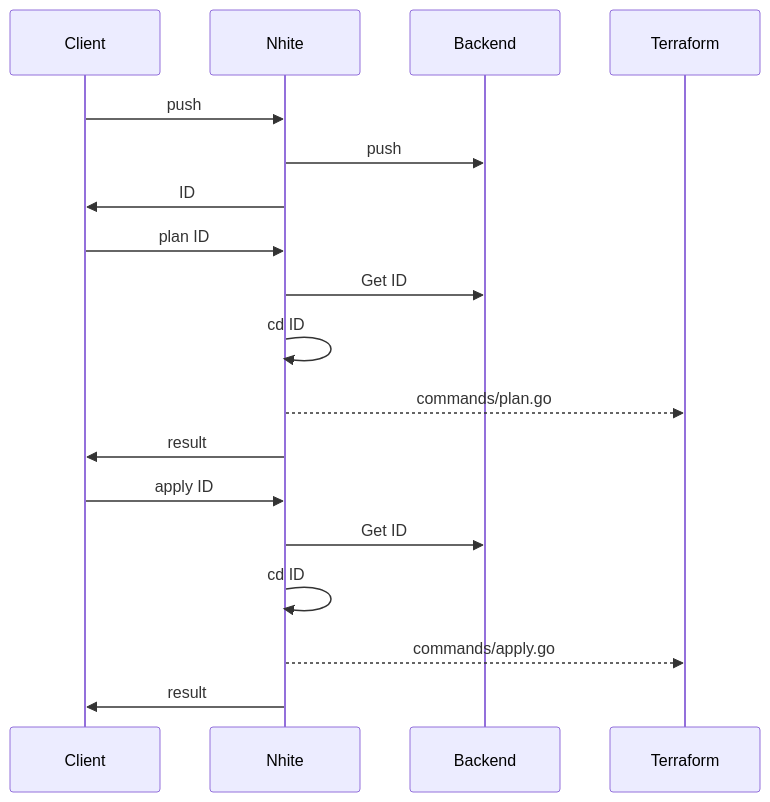
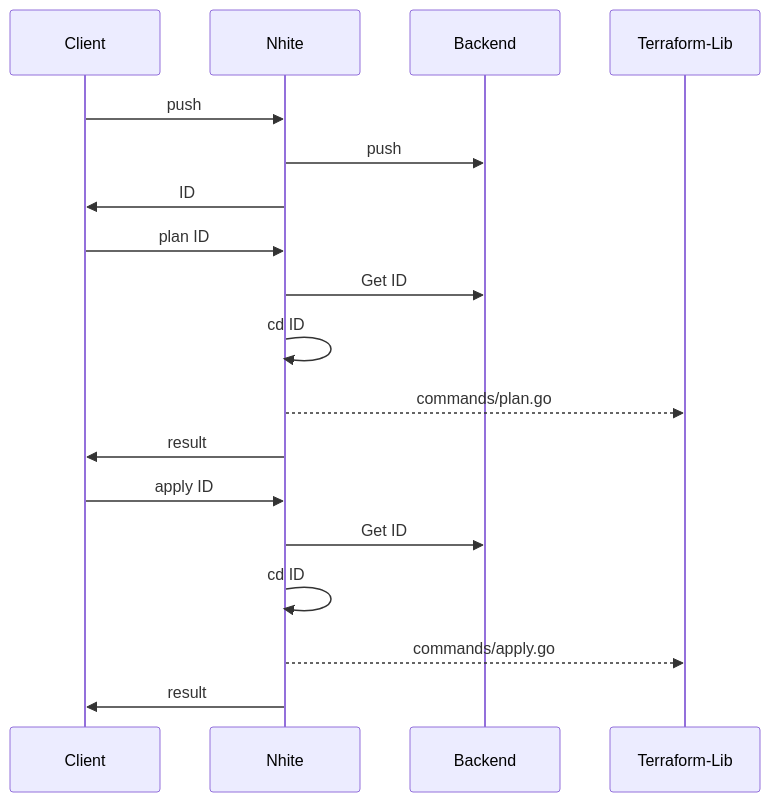
Before and after one commit to nhite/nhite.github.io: the diagram in src/content/principles/architecture.md, drawn with Mermaid. The commit also changed 4 other files, not shown here.

Commit message:
Terraform lib in the diagram for more clarity

```diff
--- a/src/content/principles/architecture.md
+++ b/src/content/principles/architecture.md
@@ -7,20 +7,20 @@
 {{<mermaid>}}
 sequenceDiagram
     participant Client
     participant Nhite
     participant Backend
-    participant Terraform
+    participant Terraform-Lib
     Client->>Nhite: push
     Nhite->>Backend: push
     Nhite->>Client: ID
     Client->>Nhite: plan ID
     Nhite->>Backend: Get ID
     Nhite->>Nhite: cd ID
-    Nhite-->>Terraform: commands/plan.go
+    Nhite-->>Terraform-Lib: commands/plan.go
     Nhite->>Client: result
     Client->>Nhite: apply ID
     Nhite->>Backend: Get ID
     Nhite->>Nhite: cd ID
-    Nhite-->>Terraform: commands/apply.go
+    Nhite-->>Terraform-Lib: commands/apply.go
     Nhite->>Client: result
 {{< /mermaid >}}
```
